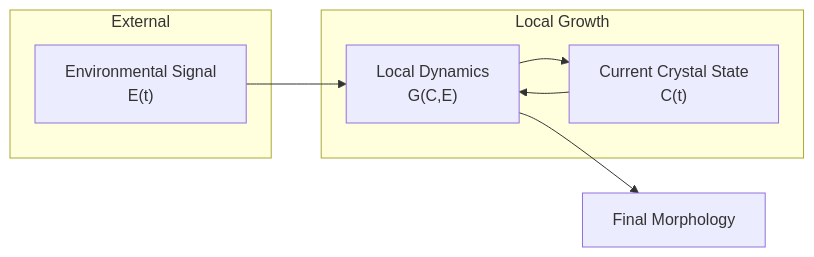
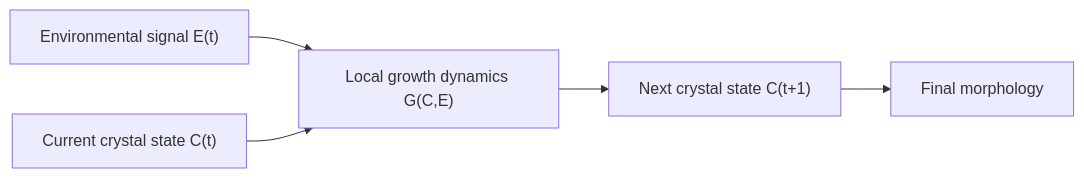
One commit to ernanhughes/Digital-Life changed the first of 5 diagrams in content/books/digital-life/14-the-digital-crystal/index.md. Above: the diagram before and after it, drawn with Mermaid. The commit also changed other lines of this file, not shown here.

````diff
--- a/content/books/digital-life/14-the-digital-crystal/index.md
+++ b/content/books/digital-life/14-the-digital-crystal/index.md
@@ -119,12 +270,7 @@
 ```mermaid
 flowchart LR
-    subgraph External
-    E["Environmental Signal<br/>E(t)"]
-    end
-    subgraph Local Growth
-    D["Local Dynamics<br/>G(C,E)"] --> C["Current Crystal State<br/>C(t)"]
-    C --> D
-    end
-    D --> M[Final Morphology]
-    E --> D
+    E["Environmental signal E(t)"] --> G["Local growth dynamics G(C,E)"]
+    C["Current crystal state C(t)"] --> G
+    G --> C2["Next crystal state C(t+1)"]
+    C2 --> M["Final morphology"]
 ```
````
